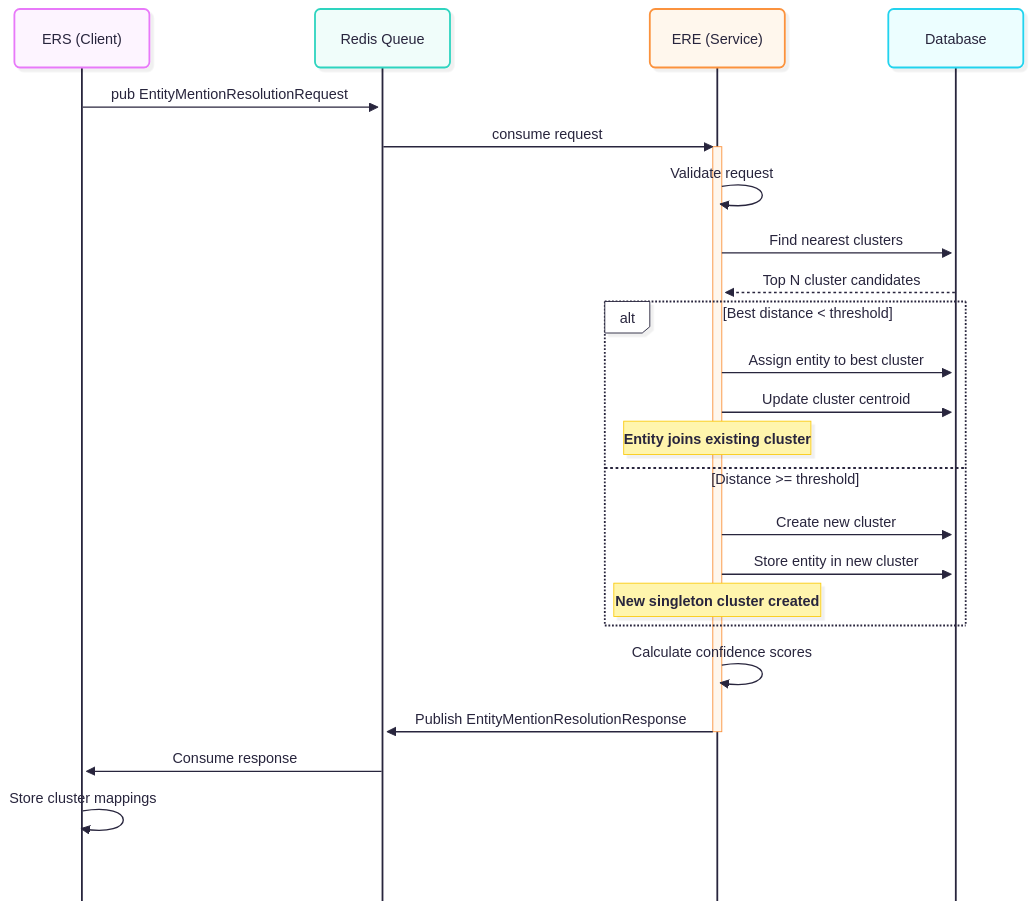
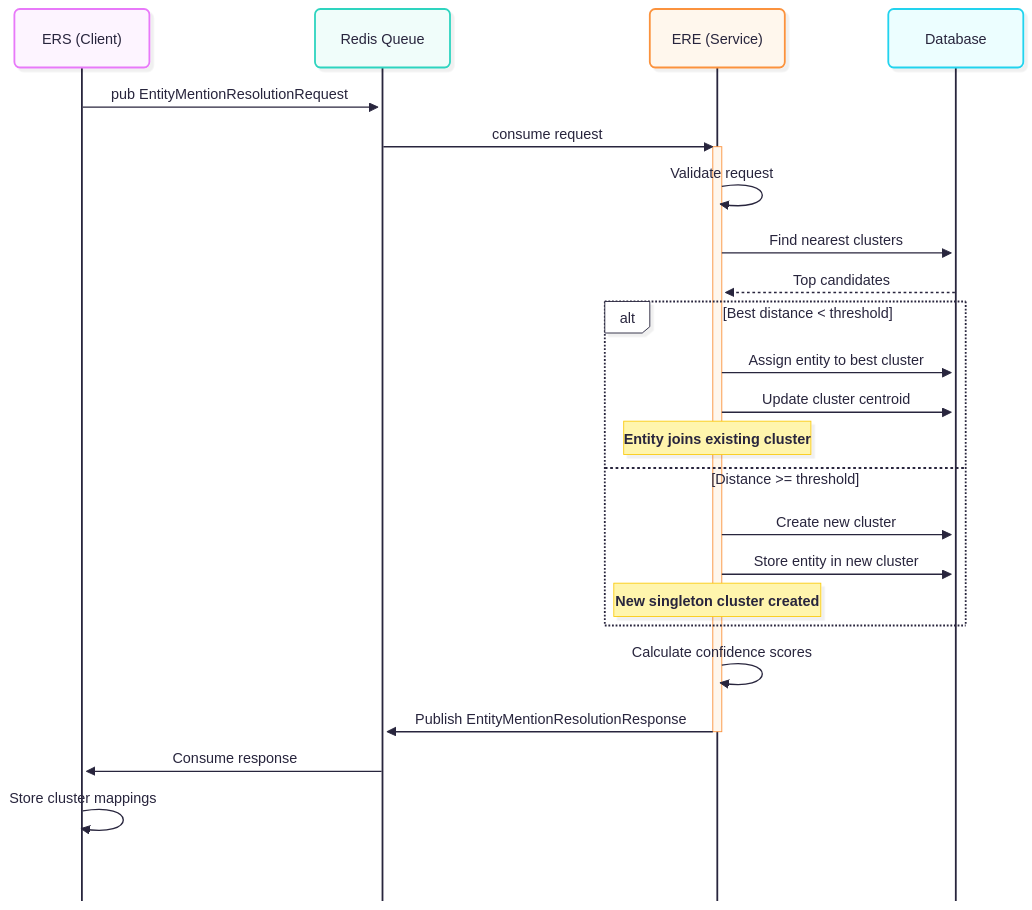
The diagram in docs/ere-interface-seq-diag.md (OP-TED/entity-resolution-spec), drawn with Mermaid before and after one commit. The commit also changed 1 other file, not shown here.

Commit message:
fix: update the ERE sequence diagram

````diff
--- a/docs/ere-interface-seq-diag.md
+++ b/docs/ere-interface-seq-diag.md
@@ -8,44 +8,44 @@
 ```mermaid
 ---
 config:
   look: neo
   theme: redux-color
   mirrorActors: false
   sequence:
     bottomMarginAdj: 0.1
 ---
 sequenceDiagram
     participant ERS as ERS (Client)
     participant Queue as Redis Queue
     participant ERE as ERE (Service)
     participant DB as Database
 
     ERS->>Queue: pub EntityMentionResolutionRequest
 
     Queue->>ERE: consume request
     activate ERE
 
     ERE->>ERE: Validate request
 
     ERE->>DB: Find nearest clusters
-    DB-->>ERE: Top N cluster candidates
+    DB-->>ERE: Top candidates
 
     alt Best distance < threshold
         ERE->>DB: Assign entity to best cluster
         ERE->>DB: Update cluster centroid
         Note over ERE: Entity joins existing cluster
     else Distance >= threshold
         ERE->>DB: Create new cluster
         ERE->>DB: Store entity in new cluster
         Note over ERE: New singleton cluster created
     end
 
     ERE->>ERE: Calculate confidence scores
 
     ERE->>Queue: Publish EntityMentionResolutionResponse
 
     deactivate ERE
 
     Queue->>ERS: Consume response
     ERS->>ERS: Store cluster mappings
 ```
````
